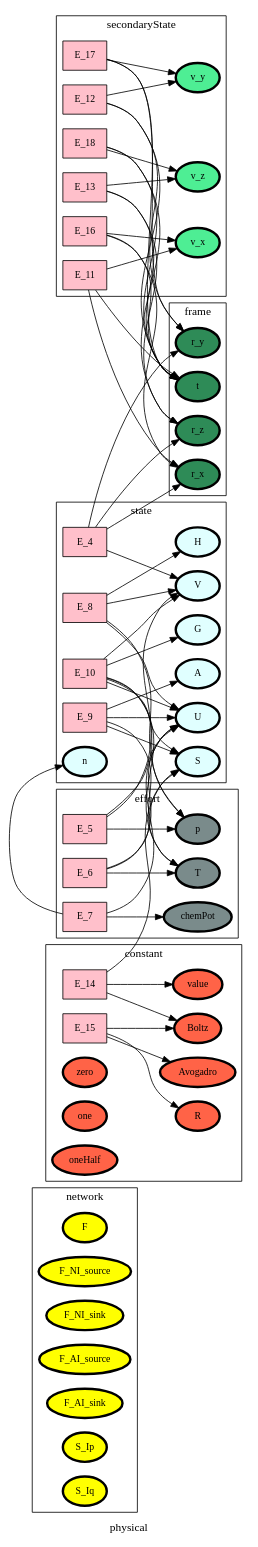
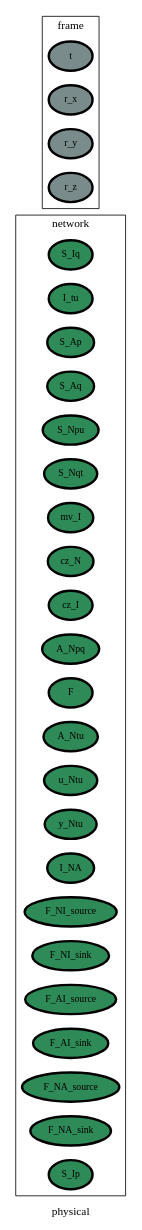
One commit to heinz-preisig/processes_starter changed the diagram in ontology_graphs/graph__physical.dot. Above: the diagram before and after it, drawn with Graphviz. The commit also changed 81 other files, not shown here.

```diff
--- a/ontology_graphs/graph__physical.dot
+++ b/ontology_graphs/graph__physical.dot
@@ -1,151 +1,75 @@
 digraph physical {
 label=physical;
 rankdir=LR;
 subgraph cluster_physical___network {
 label=network;
 rankdir=LR;
-V_2 [fillcolor=yellow, fontsize=12, label=F, penwidth=3, style=filled];
-V_3 [fillcolor=yellow, fontsize=12, label=F_NI_source, penwidth=3, style=filled];
-V_4 [fillcolor=yellow, fontsize=12, label=F_NI_sink, penwidth=3, style=filled];
-V_5 [fillcolor=yellow, fontsize=12, label=F_AI_source, penwidth=3, style=filled];
-V_6 [fillcolor=yellow, fontsize=12, label=F_AI_sink, penwidth=3, style=filled];
-V_7 [fillcolor=yellow, fontsize=12, label=S_Ip, penwidth=3, style=filled];
-V_8 [fillcolor=yellow, fontsize=12, label=S_Iq, penwidth=3, style=filled];
+V_10 [fillcolor=seagreen, fontsize=12, label=S_Iq, penwidth=3, style=filled];
+V_11 [fillcolor=seagreen, fontsize=12, label=I_tu, penwidth=3, style=filled];
+V_12 [fillcolor=seagreen, fontsize=12, label=S_Ap, penwidth=3, style=filled];
+V_13 [fillcolor=seagreen, fontsize=12, label=S_Aq, penwidth=3, style=filled];
+V_14 [fillcolor=seagreen, fontsize=12, label=S_Npu, penwidth=3, style=filled];
+V_15 [fillcolor=seagreen, fontsize=12, label=S_Nqt, penwidth=3, style=filled];
+V_16 [fillcolor=seagreen, fontsize=12, label=mv_I, penwidth=3, style=filled];
+V_17 [fillcolor=seagreen, fontsize=12, label=cz_N, penwidth=3, style=filled];
+V_18 [fillcolor=seagreen, fontsize=12, label=cz_I, penwidth=3, style=filled];
+V_19 [fillcolor=seagreen, fontsize=12, label=A_Npq, penwidth=3, style=filled];
+V_2 [fillcolor=seagreen, fontsize=12, label=F, penwidth=3, style=filled];
+V_20 [fillcolor=seagreen, fontsize=12, label=A_Ntu, penwidth=3, style=filled];
+V_21 [fillcolor=seagreen, fontsize=12, label=u_Ntu, penwidth=3, style=filled];
+V_22 [fillcolor=seagreen, fontsize=12, label=y_Ntu, penwidth=3, style=filled];
+V_27 [fillcolor=seagreen, fontsize=12, label=I_NA, penwidth=3, style=filled];
+V_3 [fillcolor=seagreen, fontsize=12, label=F_NI_source, penwidth=3, style=filled];
+V_4 [fillcolor=seagreen, fontsize=12, label=F_NI_sink, penwidth=3, style=filled];
+V_5 [fillcolor=seagreen, fontsize=12, label=F_AI_source, penwidth=3, style=filled];
+V_6 [fillcolor=seagreen, fontsize=12, label=F_AI_sink, penwidth=3, style=filled];
+V_7 [fillcolor=seagreen, fontsize=12, label=F_NA_source, penwidth=3, style=filled];
+V_8 [fillcolor=seagreen, fontsize=12, label=F_NA_sink, penwidth=3, style=filled];
+V_9 [fillcolor=seagreen, fontsize=12, label=S_Ip, penwidth=3, style=filled];
 }
 
 subgraph cluster_physical___differenceOperator {
 label=differenceOperator;
 rankdir=LR;
 }
 
 subgraph cluster_physical___frame {
 label=frame;
 rankdir=LR;
-V_1 [fillcolor=seagreen4, fontsize=12, label=t, penwidth=3, style=filled];
-V_10 [fillcolor=seagreen4, fontsize=12, label=r_y, penwidth=3, style=filled];
-V_11 [fillcolor=seagreen4, fontsize=12, label=r_z, penwidth=3, style=filled];
-V_9 [fillcolor=seagreen4, fontsize=12, label=r_x, penwidth=3, style=filled];
+V_1 [fillcolor=lightcyan4, fontsize=12, label=t, penwidth=3, style=filled];
+V_23 [fillcolor=lightcyan4, fontsize=12, label=r_x, penwidth=3, style=filled];
+V_24 [fillcolor=lightcyan4, fontsize=12, label=r_y, penwidth=3, style=filled];
+V_25 [fillcolor=lightcyan4, fontsize=12, label=r_z, penwidth=3, style=filled];
 }
 
-E_4 -> V_10  [splines=ortho];
-E_4 -> V_11  [splines=ortho];
-E_4 -> V_9  [splines=ortho];
-E_8 -> V_105  [splines=ortho];
-E_8 -> V_108  [splines=ortho];
-E_8 -> V_109  [splines=ortho];
-E_9 -> V_105  [splines=ortho];
-E_9 -> V_106  [splines=ortho];
-E_9 -> V_110  [splines=ortho];
-E_10 -> V_105  [splines=ortho];
-E_10 -> V_106  [splines=ortho];
-E_10 -> V_108  [splines=ortho];
-E_10 -> V_109  [splines=ortho];
-E_10 -> V_110  [splines=ortho];
 subgraph cluster_physical___state {
 label=state;
 rankdir=LR;
-V_105 [fillcolor=lightcyan, fontsize=12, label=U, penwidth=3, style=filled];
-V_106 [fillcolor=lightcyan, fontsize=12, label=S, penwidth=3, style=filled];
-V_107 [fillcolor=lightcyan, fontsize=12, label=n, penwidth=3, style=filled];
-V_108 [fillcolor=lightcyan, fontsize=12, label=V, penwidth=3, style=filled];
-V_112 [fillcolor=lightcyan, fontsize=12, label=H, penwidth=3, style=filled];
-V_113 [fillcolor=lightcyan, fontsize=12, label=A, penwidth=3, style=filled];
-V_114 [fillcolor=lightcyan, fontsize=12, label=G, penwidth=3, style=filled];
-E_4 [fillcolor=pink, fontsize=12, shape=box, style=filled];
-E_4 -> V_108  [splines=ortho];
-E_8 [fillcolor=pink, fontsize=12, shape=box, style=filled];
-E_8 -> V_112  [splines=ortho];
-E_9 [fillcolor=pink, fontsize=12, shape=box, style=filled];
-E_9 -> V_113  [splines=ortho];
-E_10 [fillcolor=pink, fontsize=12, shape=box, style=filled];
-E_10 -> V_114  [splines=ortho];
 }
 
-E_14 -> V_101  [splines=ortho];
-E_14 -> V_106  [splines=ortho];
-E_15 -> V_118  [splines=ortho];
-E_15 -> V_119  [splines=ortho];
 subgraph cluster_physical___constant {
 label=constant;
 rankdir=LR;
-V_101 [fillcolor=tomato, fontsize=12, label=value, penwidth=3, style=filled];
-V_102 [fillcolor=tomato, fontsize=12, label=zero, penwidth=3, style=filled];
-V_103 [fillcolor=tomato, fontsize=12, label=one, penwidth=3, style=filled];
-V_104 [fillcolor=tomato, fontsize=12, label=oneHalf, penwidth=3, style=filled];
-V_118 [fillcolor=tomato, fontsize=12, label=Boltz, penwidth=3, style=filled];
-V_119 [fillcolor=tomato, fontsize=12, label=Avogadro, penwidth=3, style=filled];
-V_120 [fillcolor=tomato, fontsize=12, label=R, penwidth=3, style=filled];
-E_14 [fillcolor=pink, fontsize=12, shape=box, style=filled];
-E_14 -> V_118  [splines=ortho];
-E_15 [fillcolor=pink, fontsize=12, shape=box, style=filled];
-E_15 -> V_120  [splines=ortho];
 }
 
-E_5 -> V_105  [splines=ortho];
-E_5 -> V_108  [splines=ortho];
-E_6 -> V_105  [splines=ortho];
-E_6 -> V_106  [splines=ortho];
-E_7 -> V_105  [splines=ortho];
-E_7 -> V_107  [splines=ortho];
 subgraph cluster_physical___effort {
 label=effort;
 rankdir=LR;
-V_109 [fillcolor=lightcyan4, fontsize=12, label=p, penwidth=3, style=filled];
-V_110 [fillcolor=lightcyan4, fontsize=12, label=T, penwidth=3, style=filled];
-V_111 [fillcolor=lightcyan4, fontsize=12, label=chemPot, penwidth=3, style=filled];
-E_5 [fillcolor=pink, fontsize=12, shape=box, style=filled];
-E_5 -> V_109  [splines=ortho];
-E_6 [fillcolor=pink, fontsize=12, shape=box, style=filled];
-E_6 -> V_110  [splines=ortho];
-E_7 [fillcolor=pink, fontsize=12, shape=box, style=filled];
-E_7 -> V_111  [splines=ortho];
 }
 
-E_11 -> V_1  [splines=ortho];
-E_11 -> V_9  [splines=ortho];
-E_16 -> V_1  [splines=ortho];
-E_16 -> V_9  [splines=ortho];
-E_12 -> V_1  [splines=ortho];
-E_12 -> V_10  [splines=ortho];
-E_17 -> V_1  [splines=ortho];
-E_17 -> V_10  [splines=ortho];
-E_13 -> V_1  [splines=ortho];
-E_13 -> V_11  [splines=ortho];
-E_18 -> V_1  [splines=ortho];
-E_18 -> V_11  [splines=ortho];
 subgraph cluster_physical___secondaryState {
 label=secondaryState;
 rankdir=LR;
-V_115 [fillcolor=seagreen2, fontsize=12, label=v_x, penwidth=3, style=filled];
-V_116 [fillcolor=seagreen2, fontsize=12, label=v_y, penwidth=3, style=filled];
-V_117 [fillcolor=seagreen2, fontsize=12, label=v_z, penwidth=3, style=filled];
-E_11 [fillcolor=pink, fontsize=12, shape=box, style=filled];
-E_11 -> V_115  [splines=ortho];
-E_16 [fillcolor=pink, fontsize=12, shape=box, style=filled];
-E_16 -> V_115  [splines=ortho];
-E_12 [fillcolor=pink, fontsize=12, shape=box, style=filled];
-E_12 -> V_116  [splines=ortho];
-E_17 [fillcolor=pink, fontsize=12, shape=box, style=filled];
-E_17 -> V_116  [splines=ortho];
-E_13 [fillcolor=pink, fontsize=12, shape=box, style=filled];
-E_13 -> V_117  [splines=ortho];
-E_18 [fillcolor=pink, fontsize=12, shape=box, style=filled];
-E_18 -> V_117  [splines=ortho];
 }
 
 subgraph cluster_physical___diffState {
 label=diffState;
 rankdir=LR;
 }
 
 subgraph cluster_physical___conversion {
 label=conversion;
 rankdir=LR;
 }
 
-subgraph cluster_physical___get {
-label=get;
-rankdir=LR;
 }
-
-}
```
